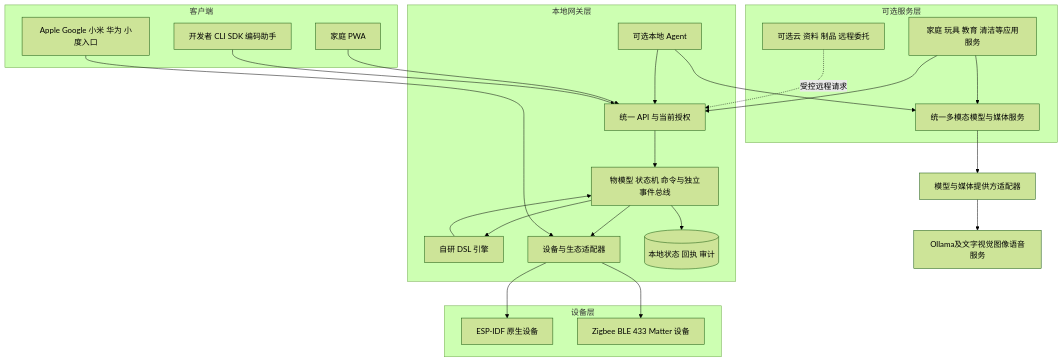
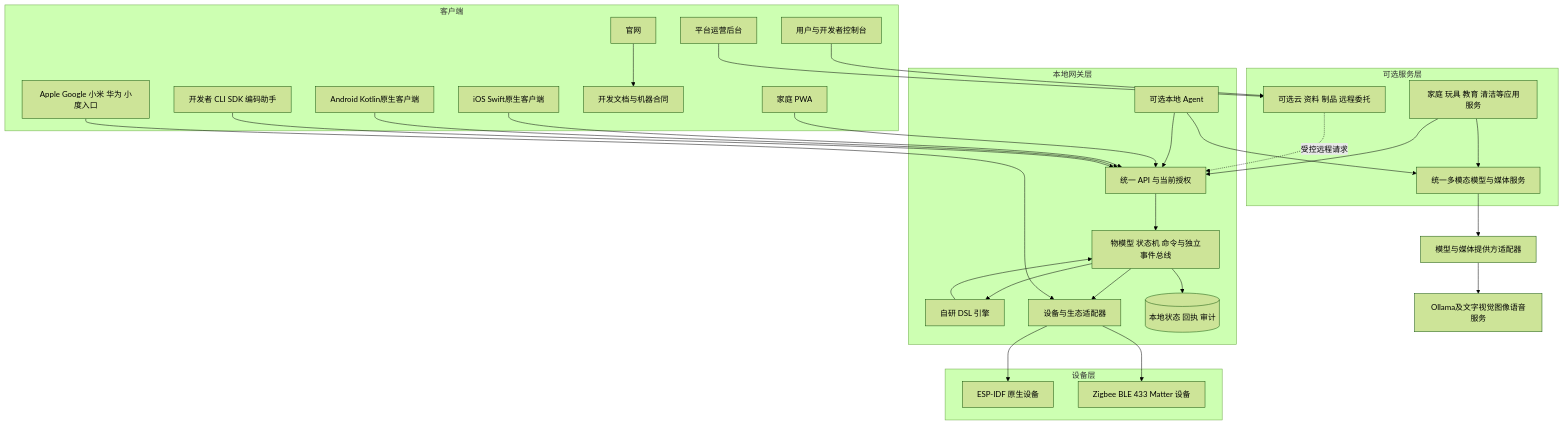
The first of 11 diagrams in docs/01-产品需求PRD.md (limecloud/iot), drawn with Mermaid (forest theme) before and after one commit. The commit also changed other lines of this file and 331 other files, not shown here.

````diff
--- a/docs/01-产品需求PRD.md
+++ b/docs/01-产品需求PRD.md
@@ -204,40 +217,49 @@
 ```mermaid
 flowchart TB
   subgraph CL[客户端]
     U[家庭 PWA]
+    IOS[iOS Swift原生客户端]
+    AND[Android Kotlin原生客户端]
     DEV[开发者 CLI SDK 编码助手]
+    SITE[官网] --> DOC[开发文档与机器合同]
+    CON[用户与开发者控制台]
+    ADMIN[平台运营后台]
     ECO[Apple Google 小米 华为 小度入口]
   end
   subgraph SV[可选服务层]
     CLOUD[可选云 资料 制品 远程委托]
     APP[家庭 玩具 教育 清洁等应用服务]
     MODEL[统一多模态模型与媒体服务]
   end
   subgraph GW[本地网关层]
     API[统一 API 与当前授权]
     CORE[物模型 状态机 命令与独立事件总线]
     RULE[自研 DSL 引擎]
     AG[可选本地 Agent]
     AD[设备与生态适配器]
     DATA[(本地状态 回执 审计)]
     API --> CORE
     CORE --> RULE --> CORE
     CORE --> DATA
     CORE --> AD
     AG --> API
   end
   subgraph DV[设备层]
     ESP[ESP-IDF 原生设备]
     HET[Zigbee BLE 433 Matter 设备]
   end
   U --> API
+  IOS --> API
+  AND --> API
+  CON --> CLOUD
+  ADMIN --> CLOUD
   DEV --> API
   APP --> API
   APP --> MODEL
   ECO --> AD
   CLOUD -.受控远程请求.-> API
   AD --> ESP
   AD --> HET
   AG --> MODEL
   MODEL --> IP[模型与媒体提供方适配器] --> OL[Ollama及文字视觉图像语音服务]
 ```
````
